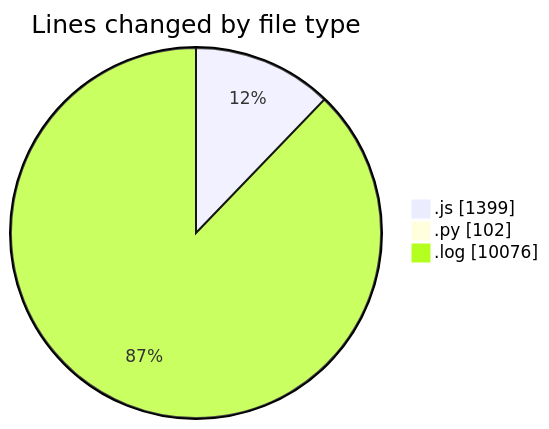
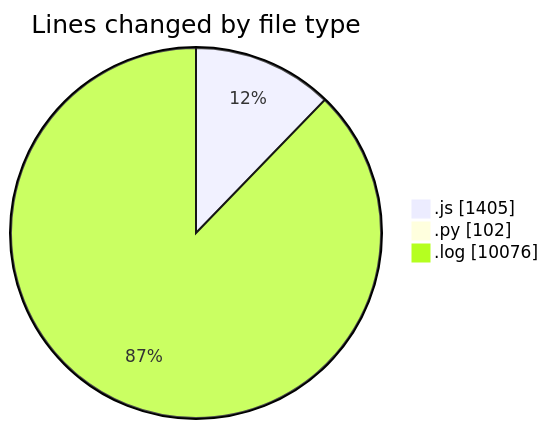
Before and after one commit to nxtqubesakshisongat/code-tracking: the first of 2 diagrams in 2025-04-14/nxtqube_webapp/README.md, drawn with Mermaid. The commit also changed other lines of this file and 1 other file, not shown here.

````diff
--- a/2025-04-14/nxtqube_webapp/README.md
+++ b/2025-04-14/nxtqube_webapp/README.md
@@ -26,7 +26,7 @@
 ```mermaid
 pie showData
 title Lines changed by file type
-".js" : 1399
+".js" : 1405
 ".py" : 102
 ".log" : 10076
 ```
````
